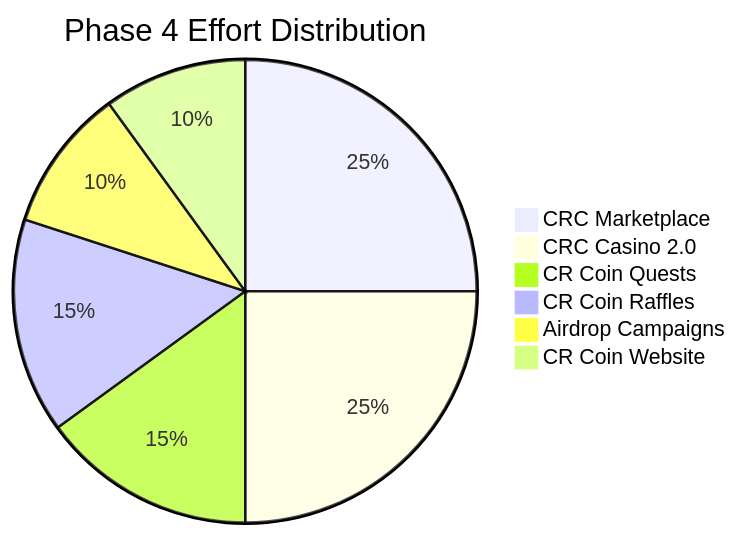
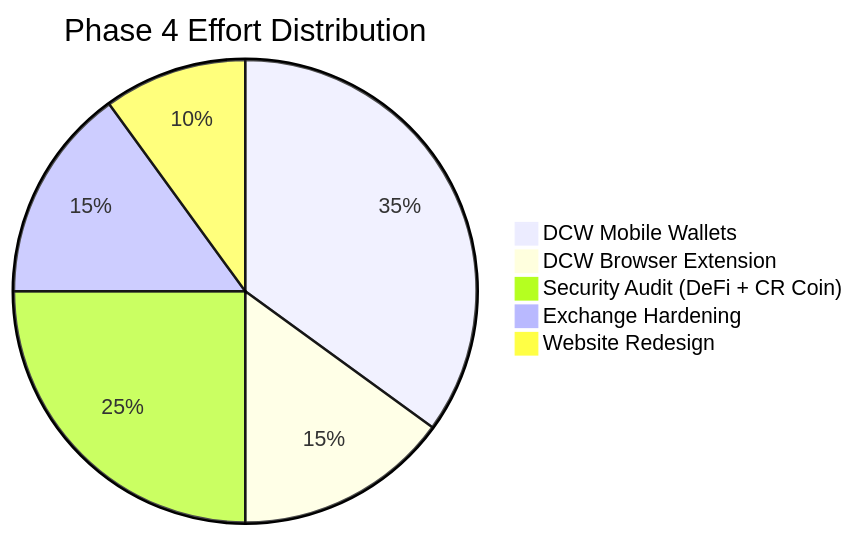
Before and after one commit to 33imattei33/roadmap-project: the tenth of 11 diagrams in ROADMAP.md, drawn with Mermaid. The commit also changed other lines of this file, not shown here.

First line of the commit message:
Update roadmap: 12 projects are 90% complete and on mainnet

````diff
--- a/ROADMAP.md
+++ b/ROADMAP.md
@@ -391,9 +396,8 @@
 ```mermaid
 pie title Phase 4 Effort Distribution
-    "CRC Marketplace" : 25
-    "CRC Casino 2.0" : 25
-    "CR Coin Quests" : 15
-    "CR Coin Raffles" : 15
-    "Airdrop Campaigns" : 10
-    "CR Coin Website" : 10
+    "DCW Mobile Wallets" : 35
+    "DCW Browser Extension" : 15
+    "Security Audit (DeFi + CR Coin)" : 25
+    "Exchange Hardening" : 15
+    "Website Redesign" : 10
 ```
````
